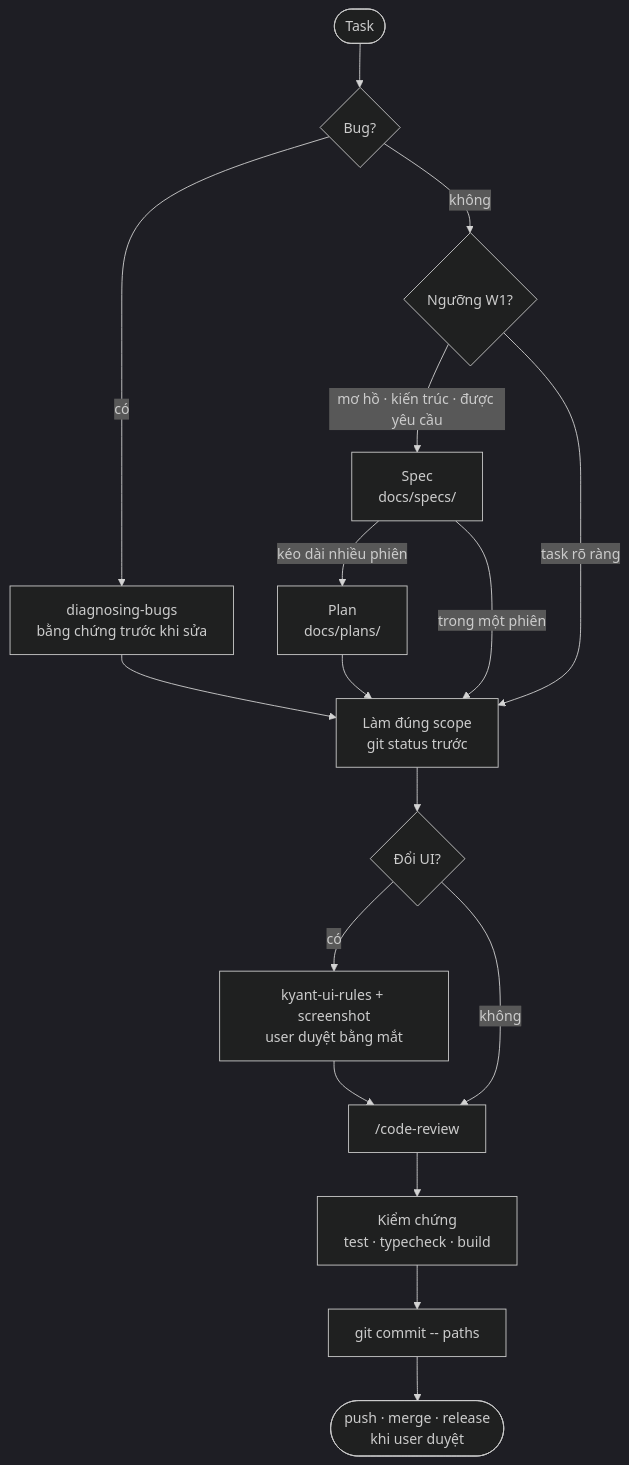
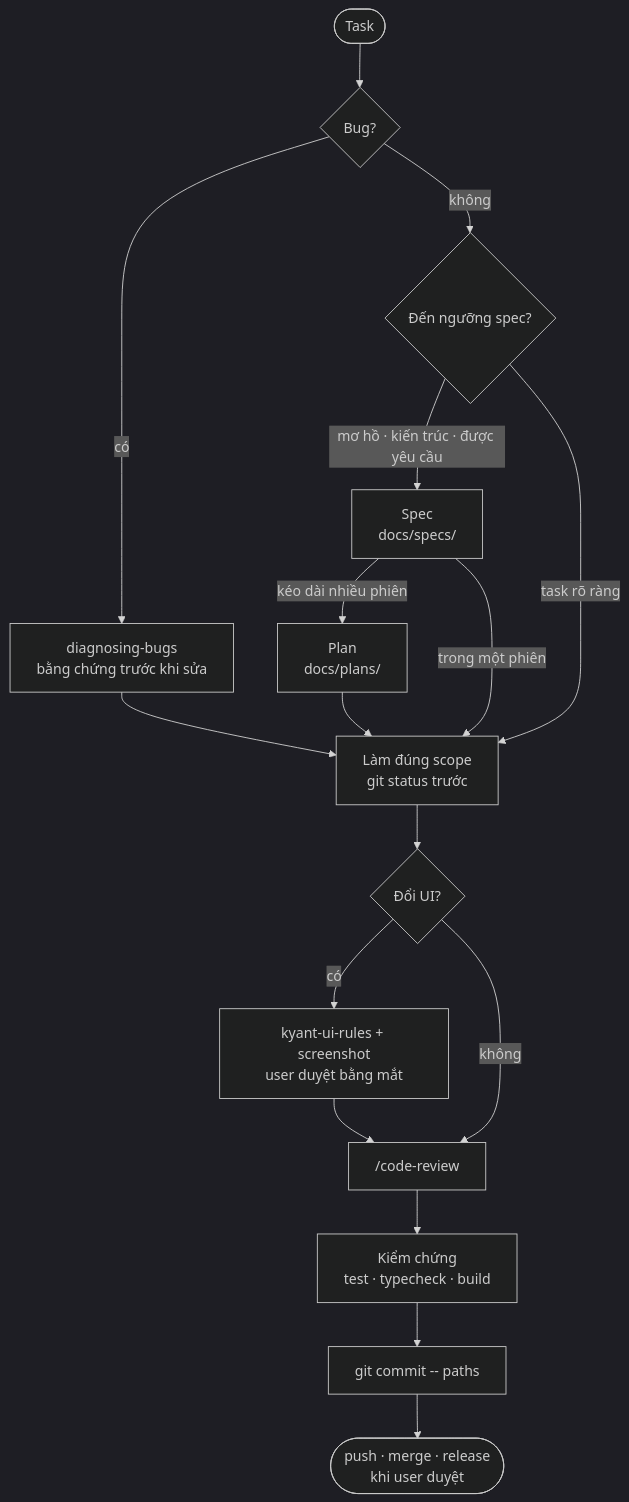
One commit to mxrsv/agents-skills changed the second of 2 diagrams in README.md. Above: the diagram before and after it, drawn with Mermaid (dark theme). The commit also changed other lines of this file and 35 other files, not shown here.

````diff
--- a/README.md
+++ b/README.md
@@ -32,19 +32,19 @@
 ```mermaid
 flowchart TD
     R([Task]) --> B{"Bug?"}
     B -- "có" --> DB["diagnosing-bugs<br/>bằng chứng trước khi sửa"]
-    B -- "không" --> W1{"Ngưỡng W1?"}
-    W1 -- "mơ hồ · kiến trúc · được yêu cầu" --> SP["Spec<br/>docs/specs/"]
+    B -- "không" --> TH{"Đến ngưỡng spec?"}
+    TH -- "mơ hồ · kiến trúc · được yêu cầu" --> SP["Spec<br/>docs/specs/"]
     SP -- "kéo dài nhiều phiên" --> PL["Plan<br/>docs/plans/"]
-    W1 -- "task rõ ràng" --> I["Làm đúng scope<br/>git status trước"]
+    TH -- "task rõ ràng" --> I["Làm đúng scope<br/>git status trước"]
     DB --> I
     SP -- "trong một phiên" --> I
     PL --> I
     I --> UI{"Đổi UI?"}
     UI -- "có" --> IM["kyant-ui-rules + screenshot<br/>user duyệt bằng mắt"]
     UI -- "không" --> RC["/code-review"]
     IM --> RC
     RC --> V["Kiểm chứng<br/>test · typecheck · build"]
     V --> C["git commit -- paths"]
     C --> P(["push · merge · release<br/>khi user duyệt"])
 ```
````
